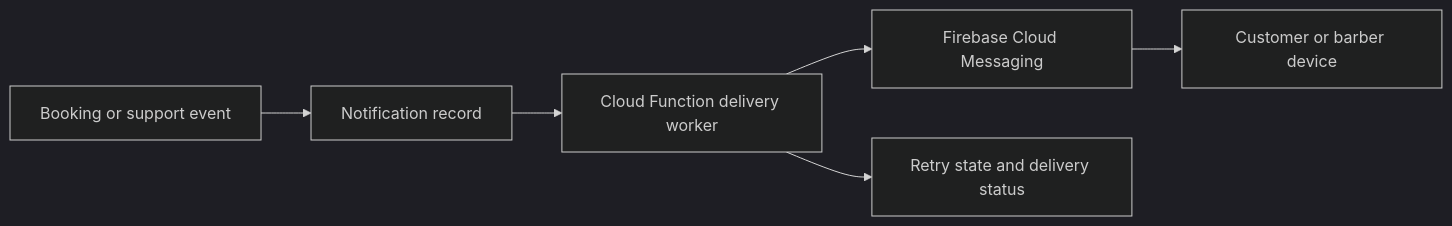
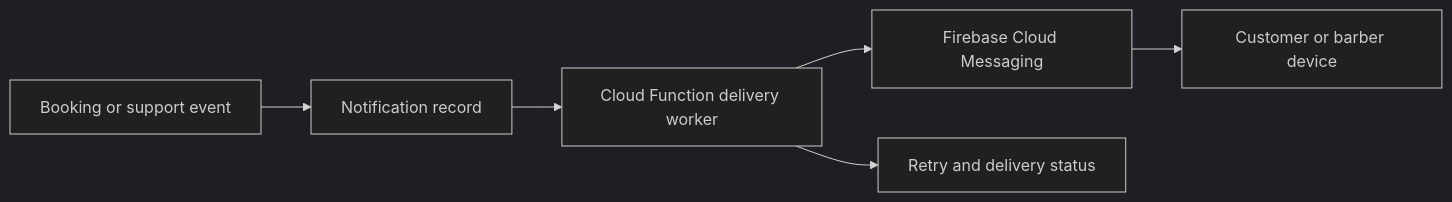
Before and after one commit to ammareerr201-alt/halaqi-case-study: the diagram in diagrams/notification-flow.mmd, drawn with Mermaid (dark theme). The commit also changed other lines of this file and 18 other files, not shown here.

```diff
--- a/diagrams/notification-flow.mmd
+++ b/diagrams/notification-flow.mmd
@@ -1,6 +1,6 @@
 flowchart LR
-    Event["Booking or support event"] --> Record["Notification record"]
-    Record --> Function["Cloud Function delivery worker"]
-    Function --> FCM["Firebase Cloud Messaging"]
-    FCM --> Device["Customer or barber device"]
-    Function --> Retry["Retry state and delivery status"]
+  A["Booking or support event"] --> B["Notification record"]
+  B --> C["Cloud Function delivery worker"]
+  C --> D["Firebase Cloud Messaging"]
+  D --> E["Customer or barber device"]
+  C --> F["Retry and delivery status"]
```
